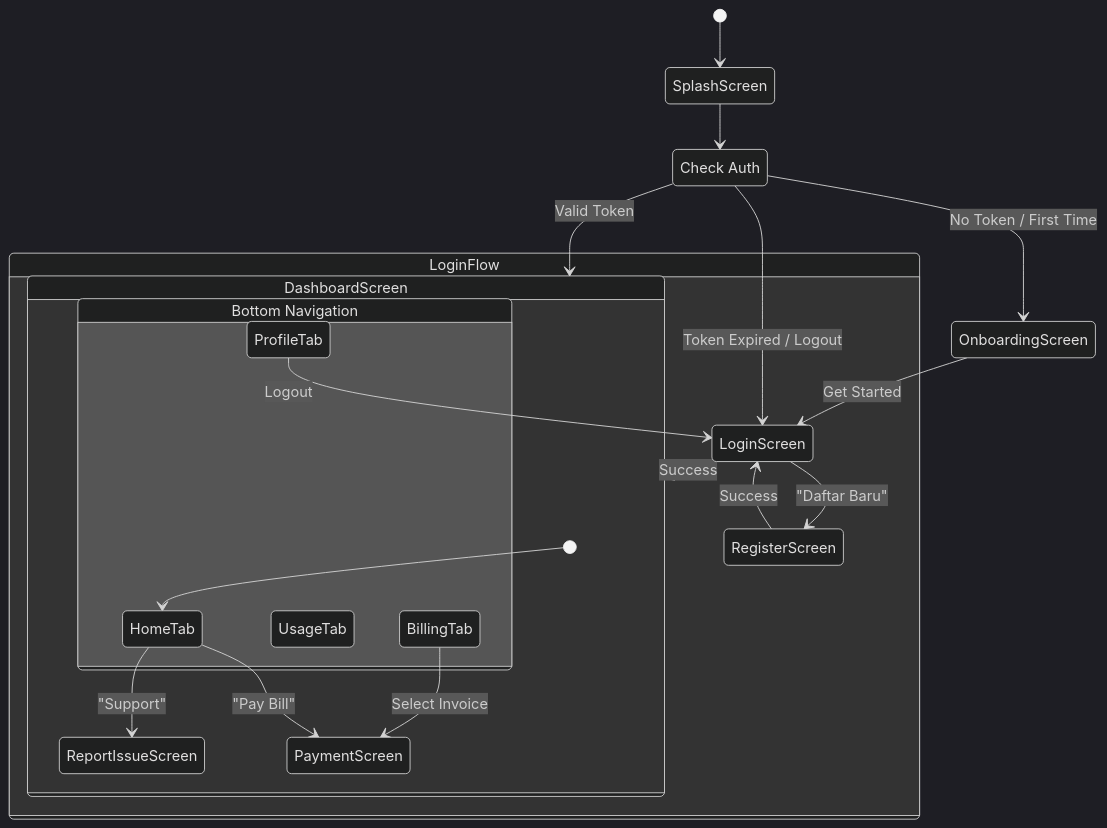
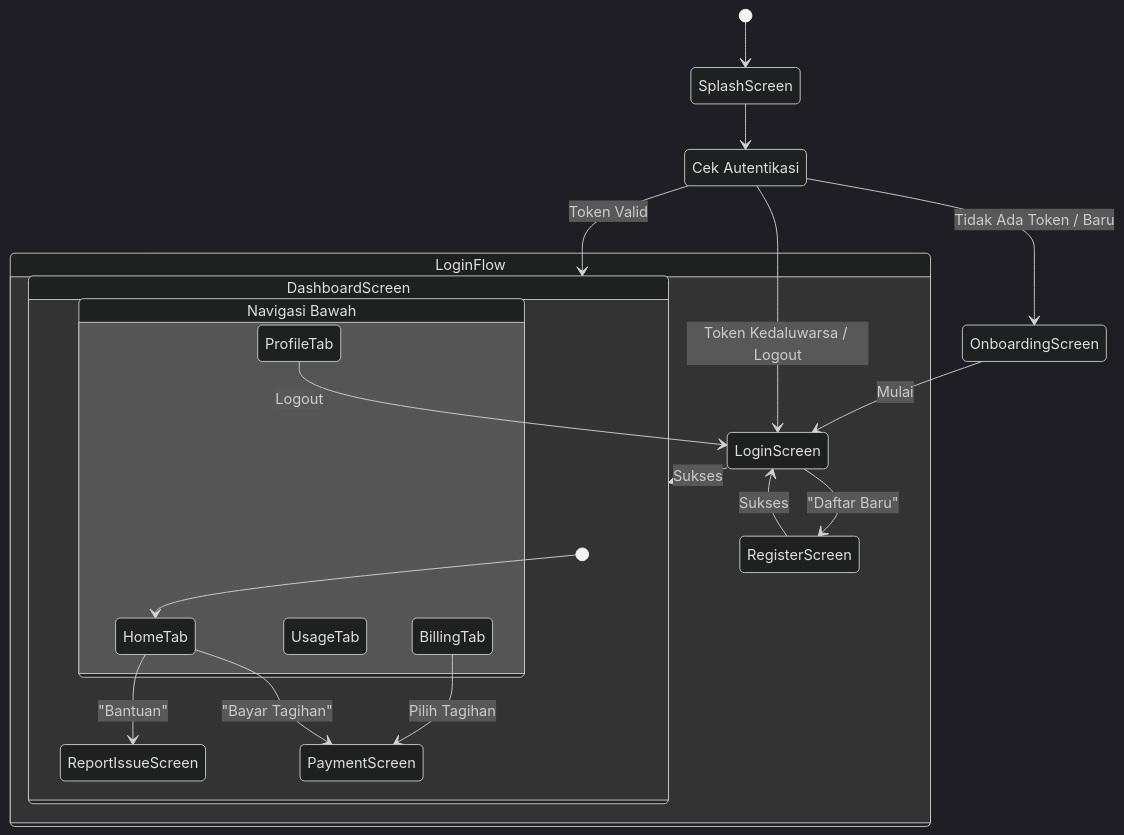
Before and after one commit to riskhan3/riskhan: the second of 3 diagrams in README.md, drawn with Mermaid (dark theme). The commit also changed other lines of this file, not shown here.

````diff
--- a/README.md
+++ b/README.md
@@ -47,36 +47,36 @@
 ```mermaid
 stateDiagram-v2
     [*] --> SplashScreen
     
-    state "Check Auth" as CheckAuth
+    state "Cek Autentikasi" as CheckAuth
     SplashScreen --> CheckAuth
     
-    CheckAuth --> OnboardingScreen : No Token / First Time
-    CheckAuth --> LoginScreen : Token Expired / Logout
-    CheckAuth --> DashboardScreen : Valid Token
+    CheckAuth --> OnboardingScreen : Tidak Ada Token / Baru
+    CheckAuth --> LoginScreen : Token Kedaluwarsa / Logout
+    CheckAuth --> DashboardScreen : Token Valid
     
-    OnboardingScreen --> LoginScreen : Get Started
+    OnboardingScreen --> LoginScreen : Mulai
     
     state LoginFlow {
         LoginScreen --> RegisterScreen : "Daftar Baru"
-        RegisterScreen --> LoginScreen : Success
-        LoginScreen --> DashboardScreen : Success
+        RegisterScreen --> LoginScreen : Sukses
+        LoginScreen --> DashboardScreen : Sukses
     }
     
     state DashboardScreen {
         [*] --> HomeTab
         
-        HomeTab --> PaymentScreen : "Pay Bill"
-        HomeTab --> ReportIssueScreen : "Support"
+        HomeTab --> PaymentScreen : "Bayar Tagihan"
+        HomeTab --> ReportIssueScreen : "Bantuan"
         
-        state "Bottom Navigation" as BottomNav {
+        state "Navigasi Bawah" as BottomNav {
             HomeTab
             UsageTab
             BillingTab
             ProfileTab
         }
     }
     
-    BillingTab --> PaymentScreen : Select Invoice
+    BillingTab --> PaymentScreen : Pilih Tagihan
     ProfileTab --> LoginScreen : Logout
 ```
````
